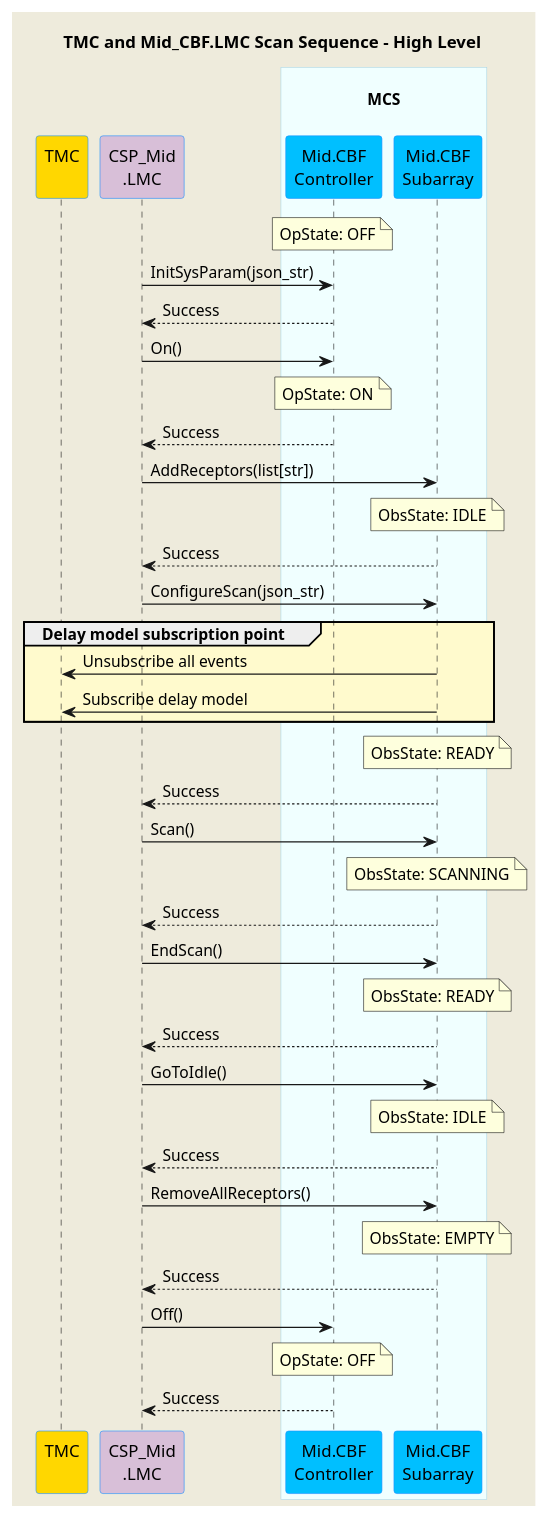
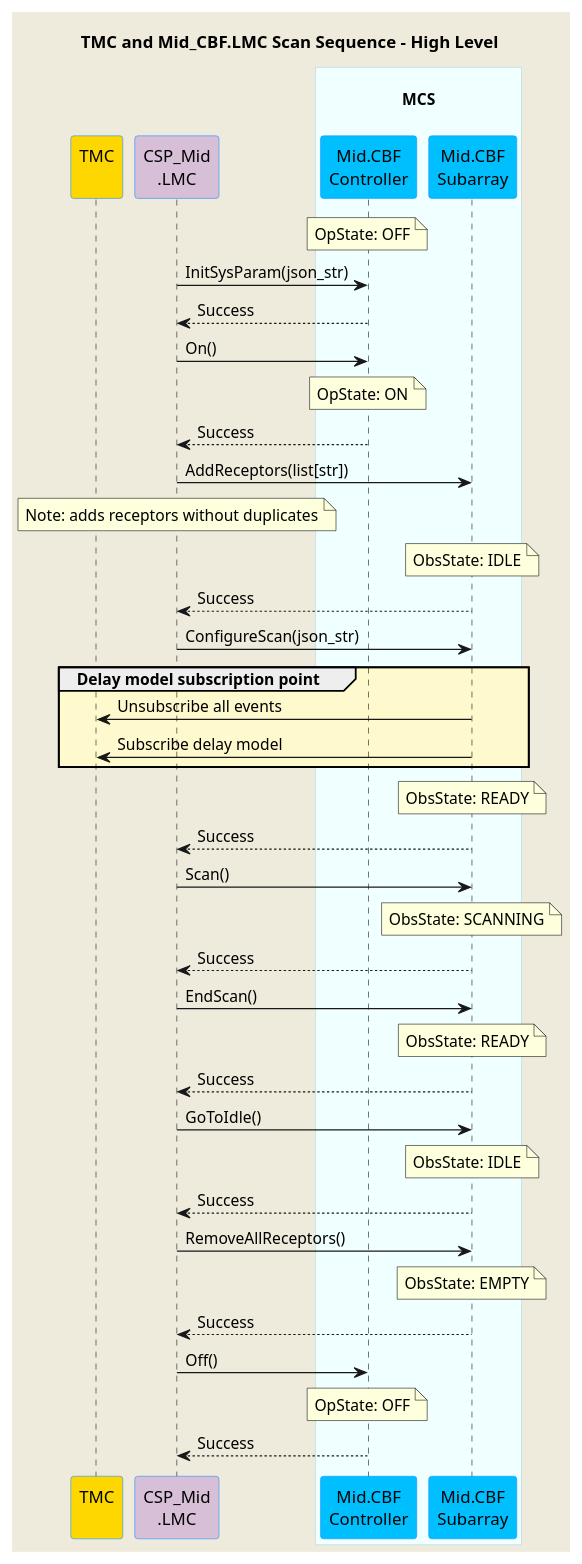
The diagram in docs/src/diagrams/mid-cbf-scan-ops.puml (ska-telescope/mid-cbf-mcs), drawn with PlantUML before and after one commit. The commit also changed 1 other file, not shown here.

Commit message:
CIP-2424 note for add receptors

```diff
--- a/docs/src/diagrams/mid-cbf-scan-ops.puml
+++ b/docs/src/diagrams/mid-cbf-scan-ops.puml
@@ -1,80 +1,81 @@
 @startuml
 'https://plantuml.com/sequence-diagram
 
 skinparam backgroundColor #EEEBDC
 skinparam sequence {
 ParticipantBorderColor DodgerBlue
 ParticipantBackgroundColor DeepSkyBlue
 ActorBorderColor DarkGreen
 ActorBackgroundColor Green
 BoxBorderColor LightBlue
 BoxBackgroundColor #F0FFFF
 }
 
 title TMC and Mid_CBF.LMC Scan Sequence - High Level
 
 participant "TMC\n" as tmc #Gold
 participant "CSP_Mid\n.LMC" as lmc #Thistle
 
 box "\nMCS\n"
 participant "Mid.CBF\nController" as controller
 participant "Mid.CBF\nSubarray" as subarray
 end box
 
 note over controller        : OpState: OFF
 
 lmc         -> controller   : InitSysParam(json_str)
 controller --> lmc          : Success
 
 lmc         -> controller   : On()
 note over controller        : OpState: ON
 controller --> lmc          : Success
 
 lmc         -> subarray     : AddReceptors(list[str])
+note over lmc               : Note: adds receptors without duplicates
 note over subarray          : ObsState: IDLE
 subarray   --> lmc          : Success
 
 lmc         -> subarray     : ConfigureScan(json_str)
 
 
 group #LemonChiffon Delay model subscription point
     subarray    -> tmc          : Unsubscribe all events
     subarray    -> tmc          : Subscribe delay model
 end group
 
 ' group Doppler subscription point
 ' subarray    -> tmc          : subscribe Doppler phase correction
 ' end group
 
 ' group Jones matrix subscription point
 ' subarray    -> tmc          : subscribe Jones matrix
 ' end group
 
 ' group Timing beam subscription point
 ' subarray    -> tmc          : subscribe timing beam weights
 ' end group
 
 note over subarray          : ObsState: READY
 subarray   --> lmc          : Success
 
 lmc         -> subarray     : Scan()
 note over subarray          : ObsState: SCANNING
 subarray   --> lmc          : Success
 
 lmc         -> subarray     : EndScan()
 note over subarray          : ObsState: READY
 subarray   --> lmc          : Success
 
 lmc         -> subarray     : GoToIdle()
 note over subarray          : ObsState: IDLE
 subarray   --> lmc          : Success
 
 lmc         -> subarray     : RemoveAllReceptors()
 note over subarray          : ObsState: EMPTY
 subarray   --> lmc          : Success
 
 lmc         -> controller   : Off()
 note over controller        : OpState: OFF
 controller --> lmc          : Success
 
 @enduml
```
